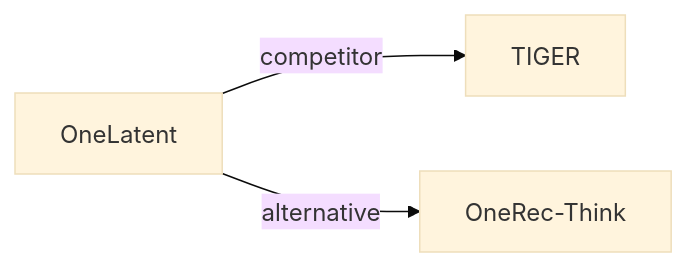
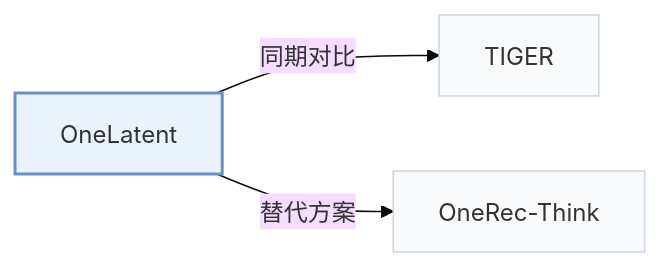
The second of 2 diagrams in pages/zh/papers/onelatent.md (Galaxy-ghost/Awesome-SID-Generative-Rec), drawn with Mermaid (base theme) before and after one commit. The commit also changed other lines of this file and 649 other files, not shown here.

Commit message:
writer-05: also tags and modality index (schema, check, build, visuals); summary field removed; calibration data for 12 papers

````diff
--- a/pages/zh/papers/onelatent.md
+++ b/pages/zh/papers/onelatent.md
@@ -69,6 +74,10 @@
 ```mermaid
 flowchart LR
     P["OneLatent"]
-    P -->|competitor| A["TIGER"]
-    P -->|alternative| B["OneRec-Think"]
+    P -->|"同期对比"| A["TIGER"]
+    P -->|"替代方案"| B["OneRec-Think"]
+    classDef main fill:#eaf2fb,stroke:#6b8fc7,stroke-width:2px
+    classDef peer fill:#f8fafc,stroke:#cbd5e1
+    class P main
+    class A,B peer
 ```
````
